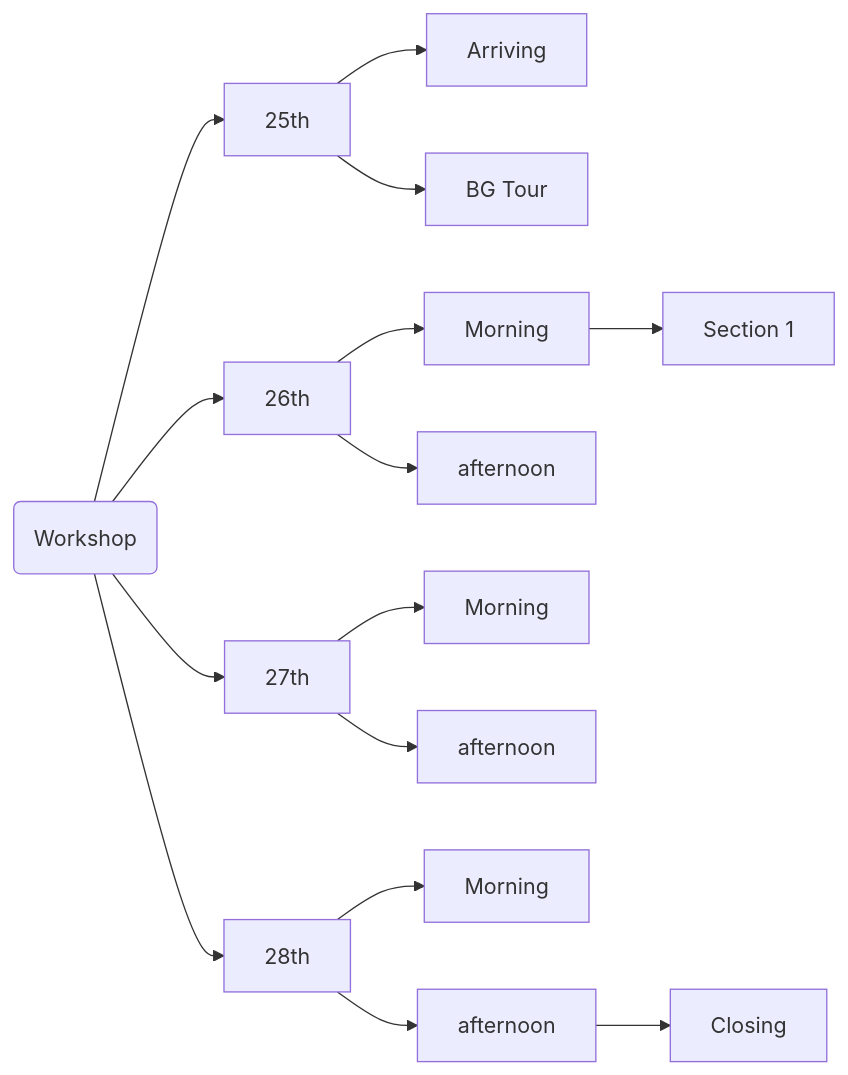
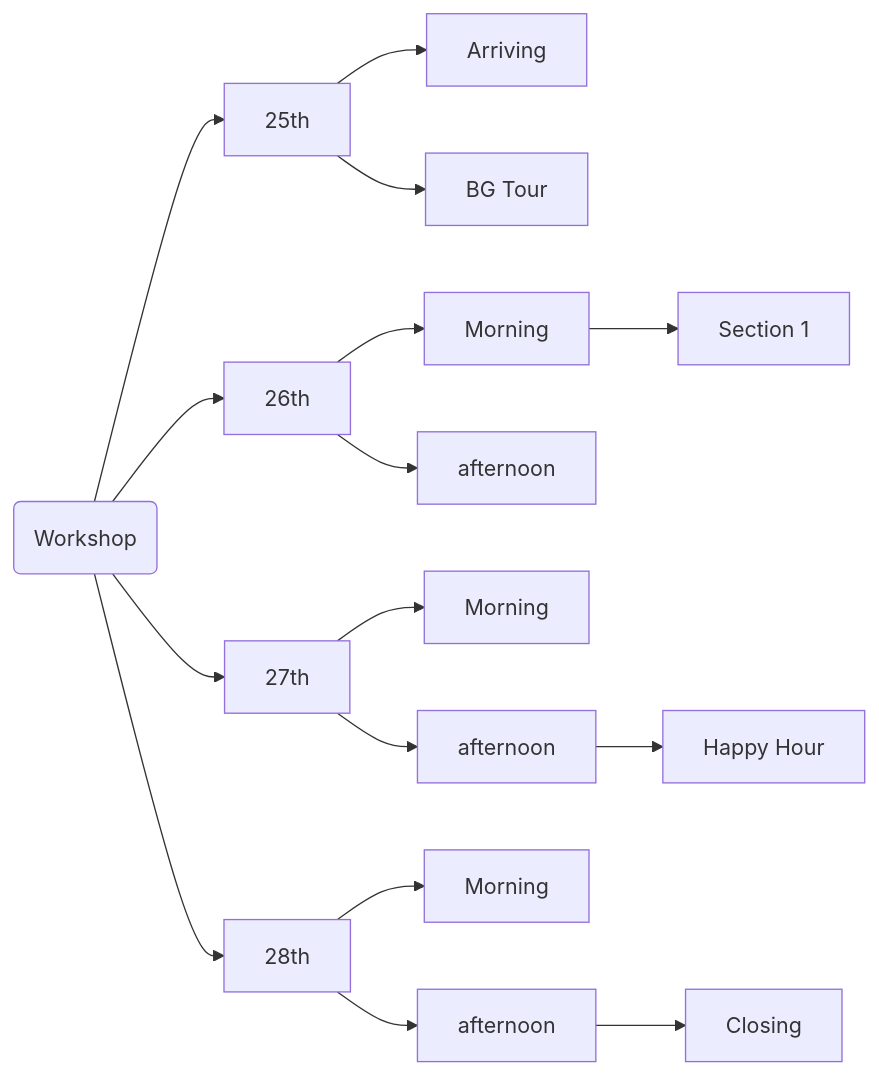
The diagram in README.md (carineemer/workshop-multilayers), drawn with Mermaid before and after one commit.

````diff
--- a/README.md
+++ b/README.md
@@ -15,18 +15,19 @@
 ```mermaid
 graph LR
     A(Workshop) --> B[25th]
         B --> B1[Arriving]
         B --> B2[BG Tour]
     A --> C[26th]
         C --> C1[Morning]
             C1 --> C11[Section 1]
             click C11 href "https://github.com/carineemer/workshop-multilayers/blob/main/26s1.md"
         C --> C2[afternoon]
     A --> D[27th]
         D --> D1[Morning]
         D --> D2[afternoon]
+            D2 --> D21[Happy Hour]
     A --> E[28th]
         E --> E1[Morning]
         E --> E2[afternoon] 
             E2 --> E21[Closing]  
   ```
````
